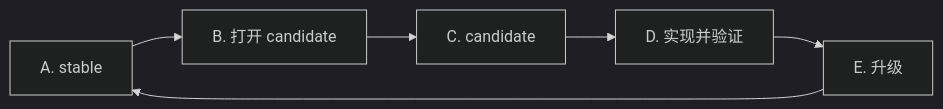
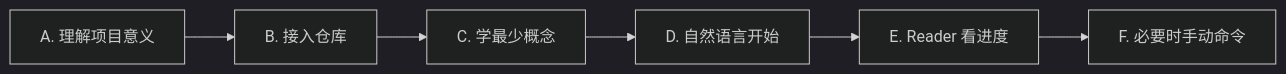
The first of 4 diagrams in README.zh-CN.md (mfblog/specflow), drawn with Mermaid (dark theme) before and after one commit. The commit also changed other lines of this file and 1 other file, not shown here.

````diff
--- a/README.zh-CN.md
+++ b/README.zh-CN.md
@@ -345,8 +76,8 @@
 ```mermaid
 flowchart LR
-    A["A. stable"] --> B["B. 打开 candidate"]
-    B --> C["C. candidate"]
-    C --> D["D. 实现并验证"]
-    D --> E["E. 升级"]
-    E --> A
+    A["A. 理解项目意义"] --> B["B. 接入仓库"]
+    B --> C["C. 学最少概念"]
+    C --> D["D. 自然语言开始"]
+    D --> E["E. Reader 看进度"]
+    E --> F["F. 必要时手动命令"]
 ```
````
